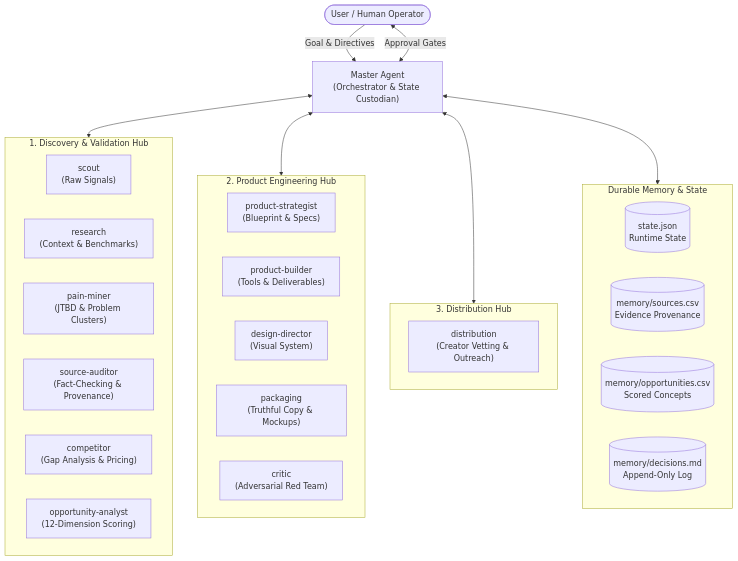
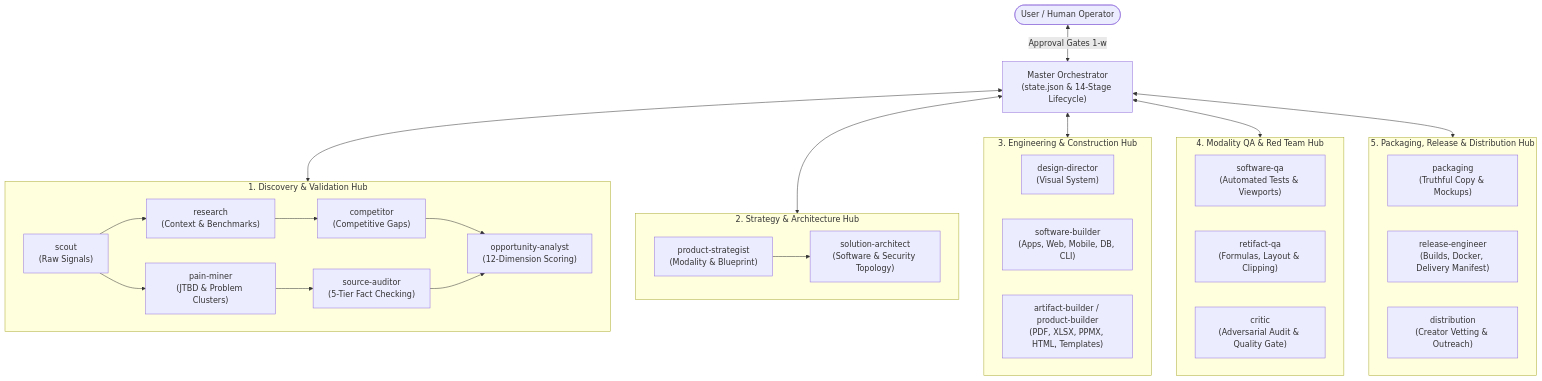
The first of 3 diagrams in README.md (codinghubindia/ai-product-factory-template), drawn with Mermaid before and after one commit. The commit also changed other lines of this file and 27 other files, not shown here.

````diff
--- a/README.md
+++ b/README.md
@@ -33,38 +46,45 @@
 ```mermaid
 flowchart TD
-    User(["User / Human Operator"]) -->|Goal & Directives| Master["Master Agent\n(Orchestrator & State Custodian)"]
+
+    User(["User / Human Operator"]) <-->|Approval Gates 1-w|Master["Master Orchestrator\n(state.json & 14-Stage Lifecycle)"]
+
     
     subgraph DiscoveryHub ["1. Discovery & Validation Hub"]
-        Scout["scout\n(Raw Signals)"]
-        Research["research\n(Context & Benchmarks)"]
-        PainMiner["pain-miner\n(JTBD & Problem Clusters)"]
-        SourceAuditor["source-auditor\n(Fact-Checking & Provenance)"]
-        Competitor["competitor\n(Gap Analysis & Pricing)"]
-        OppAnalyst["opportunity-analyst\n(12-Dimension Scoring)"]
+        Scout["scout\n(Raw Signals)"] --> Research["research\n(Context & Benchmarks)"]
+        Scout --> PainMiner["pain-miner\n(JTBD & Problem Clusters)"]
+        Research --> Competitor["competitor\n(Competitive Gaps)"]
+        PainMiner --> SourceAuditor["source-auditor\n(5-Tier Fact Checking)"]
+        Competitor --> OppAnalyst["opportunity-analyst\n(12-Dimension Scoring)"]
+        SourceAuditor --> OppAnalyst
     end
 
-    subgraph BuildHub ["2. Product Engineering Hub"]
-        Strategist["product-strategist\n(Blueprint & Specs)"]
-        Builder["product-builder\n(Tools & Deliverables)"]
-        Design["design-director\n(Visual System)"]
-        Packaging["packaging\n(Truthful Copy & Mockups)"]
-        Critic["critic\n(Adversarial Red Team)"]
+    subgraph StrategyHub ["2. Strategy & Architecture Hub"]
+        Strategist["product-strategist\n(Modality & Blueprint)"]
+        Architect["solution-architect\n(Software & Security Topology)"]
+        Strategist --> Architect
     end
 
-    subgraph DistHub ["3. Distribution Hub"]
-        DistAgent["distribution\n(Creator Vetting & Outreach)"]
+    subgraph BuildTeam ["3. Engineering & Construction Hub"]
+        Design["design-director\n(Visual System)"]
+        SoftBuilder["software-builder\n(Apps, Web, Mobile, DB, CLI)"]
+        ArtBuilder["artifact-builder / product-builder\n(PDF, XLSX, PPMX, HTML, Templates)"]
     end
 
-    subgraph MemoryLayer ["Durable Memory & State"]
-        StateFile[("state.json\nRuntime State")]
-        SourcesLedger[("memory/sources.csv\nEvidence Provenance")]
-        OppLedger[("memory/opportunities.csv\nScored Concepts")]
-        DecisionLog[("memory/decisions.md\nAppend-Only Log")]
+    subgraph QAHub ["4. Modality QA & Red Team Hub"]
+        SoftQA["software-qa\n(Automated Tests & Viewports)"]
+        ArtQA["retifact-qa\n(Formulas, Layout & Clipping)"]
+        Critic["critic\n(Adversarial Audit & Quality Gate)"]
+    end
+
+    subgraph ReleaseHub ["5. Packaging, Release & Distribution Hub"]
+        Packaging["packaging\n(Truthful Copy & Mockups)"]
+        ReleaseEng["release-engineer\n(Builds, Docker, Delivery Manifest)"]
+        Distribution["distribution\n(Creator Vetting & Outreach)"]
     end
 
     Master <--> DiscoveryHub
-    Master <--> BuildHub
-    Master <--> DistHub
-    Master <--> MemoryLayer
-    User <-->|Approval Gates| Master
+    Master <--> StrategyHub
+    Master <--> BuildTeam
+    Master <--> QAHub
+    Master <--> ReleaseHub
 ```
````
